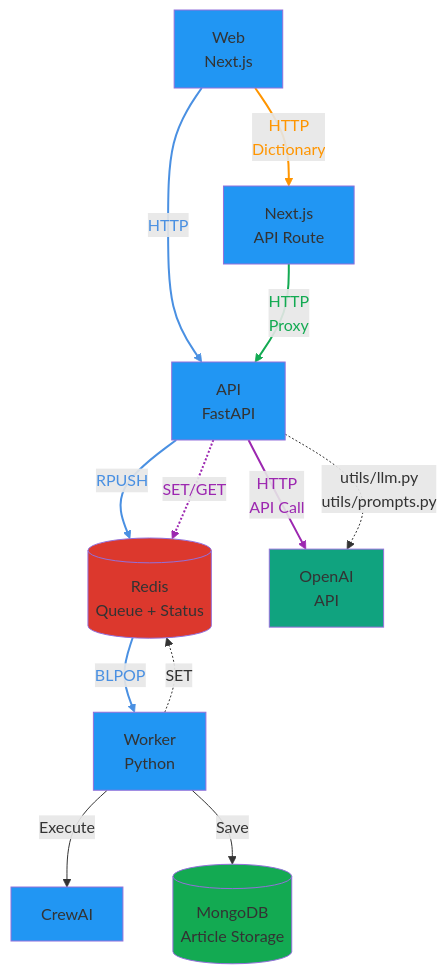
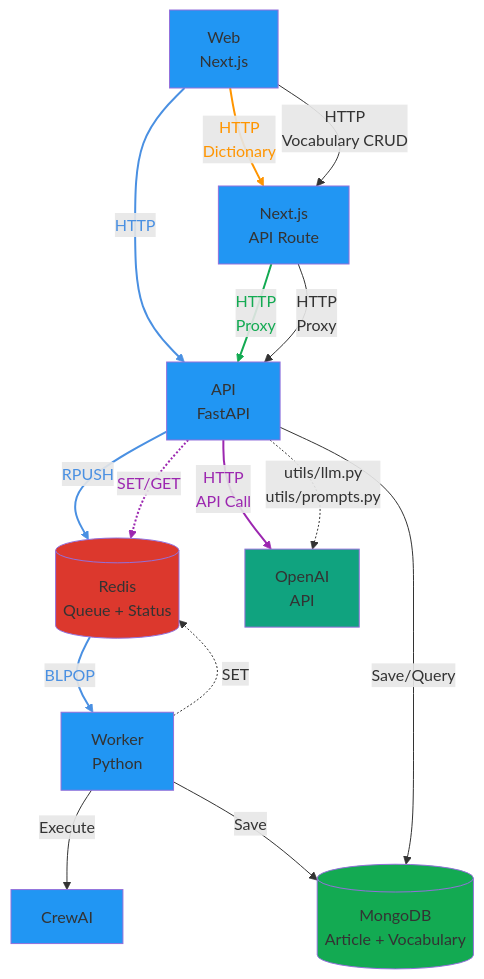
Before and after one commit to seung-gu/opad: the first of 3 diagrams in ARCHITECTURE.md, drawn with Mermaid. The commit also changed other lines of this file and 3 other files, not shown here.

````diff
--- a/ARCHITECTURE.md
+++ b/ARCHITECTURE.md
@@ -46,34 +46,38 @@
 ```mermaid
 graph TB
     Web[Web<br/>Next.js] -->|HTTP| API[API<br/>FastAPI]
     API -->|RPUSH| Redis[(Redis<br/>Queue + Status)]
     Redis -->|BLPOP| Worker[Worker<br/>Python]
     Worker -->|Execute| CrewAI[CrewAI]
-    Worker -->|Save| MongoDB[(MongoDB<br/>Article Storage)]
+    Worker -->|Save| MongoDB[(MongoDB<br/>Article + Vocabulary)]
     
     Web -->|HTTP<br/>Dictionary| NextAPI[Next.js<br/>API Route]
     NextAPI -->|HTTP<br/>Proxy| API
     API -->|HTTP<br/>API Call| OpenAI[OpenAI<br/>API]
     
     API -.->|SET/GET| Redis
     Worker -.->|SET| Redis
     
     API -.->|utils/llm.py<br/>utils/prompts.py| OpenAI
+    
+    Web -->|HTTP<br/>Vocabulary CRUD| NextAPI
+    NextAPI -->|HTTP<br/>Proxy| API
+    API -->|Save/Query| MongoDB
     
     style Web fill:#2196F3
     style NextAPI fill:#2196F3
     style API fill:#2196F3
     style Worker fill:#2196F3
     style CrewAI fill:#2196F3
     style Redis fill:#dc382d
     style MongoDB fill:#13aa52
     style OpenAI fill:#10a37f
     
     linkStyle 0 stroke:#4a90e2,stroke-width:2px,color:#4a90e2
     linkStyle 1 stroke:#4a90e2,stroke-width:2px,color:#4a90e2
     linkStyle 2 stroke:#4a90e2,stroke-width:2px,color:#4a90e2
     linkStyle 5 stroke:#ff9500,stroke-width:2px,color:#ff9500
     linkStyle 6 stroke:#13aa52,stroke-width:2px,color:#13aa52
     linkStyle 7 stroke:#9c27b0,stroke-width:2px,color:#9c27b0
     linkStyle 8 stroke:#9c27b0,stroke-width:2px,color:#9c27b0
 ```
````
